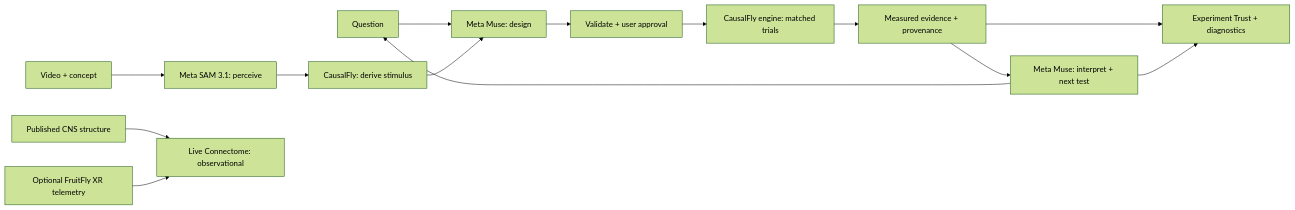
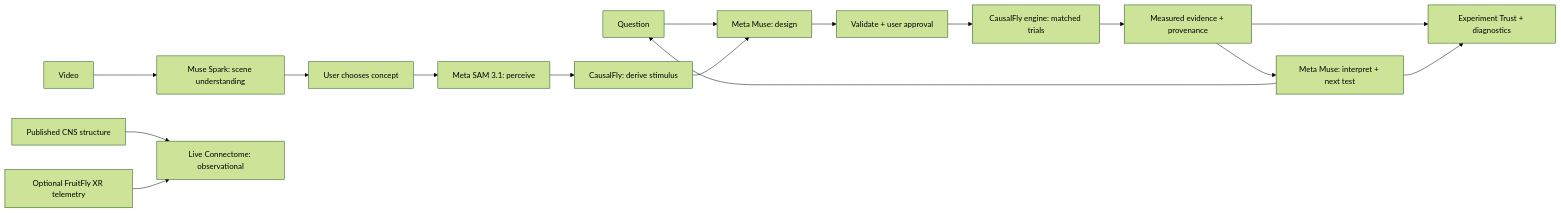
Before and after one commit to Nurenyx/causalfly: the diagram in README.md, drawn with Mermaid (forest theme). The commit also changed other lines of this file and 87 other files, not shown here.

````diff
--- a/README.md
+++ b/README.md
@@ -47,16 +48,18 @@
 ```mermaid
 flowchart LR
     Q[Question] --> D[Meta Muse: design]
-    V[Video + concept] --> S[Meta SAM 3.1: perceive]
+    V[Video] --> P1[Muse Spark: scene understanding]
+    P1 --> U[User chooses concept]
+    U --> S[Meta SAM 3.1: perceive]
     S --> I[CausalFly: derive stimulus]
     I --> D
     D --> G[Validate + user approval]
     G --> E[CausalFly engine: matched trials]
     E --> M[Measured evidence + provenance]
     M --> A[Meta Muse: interpret + next test]
     A --> Q
     M --> T[Experiment Trust + diagnostics]
     A --> T
     P[Published CNS structure] --> L[Live Connectome: observational]
     X[Optional FruitFly XR telemetry] --> L
 ```
````
